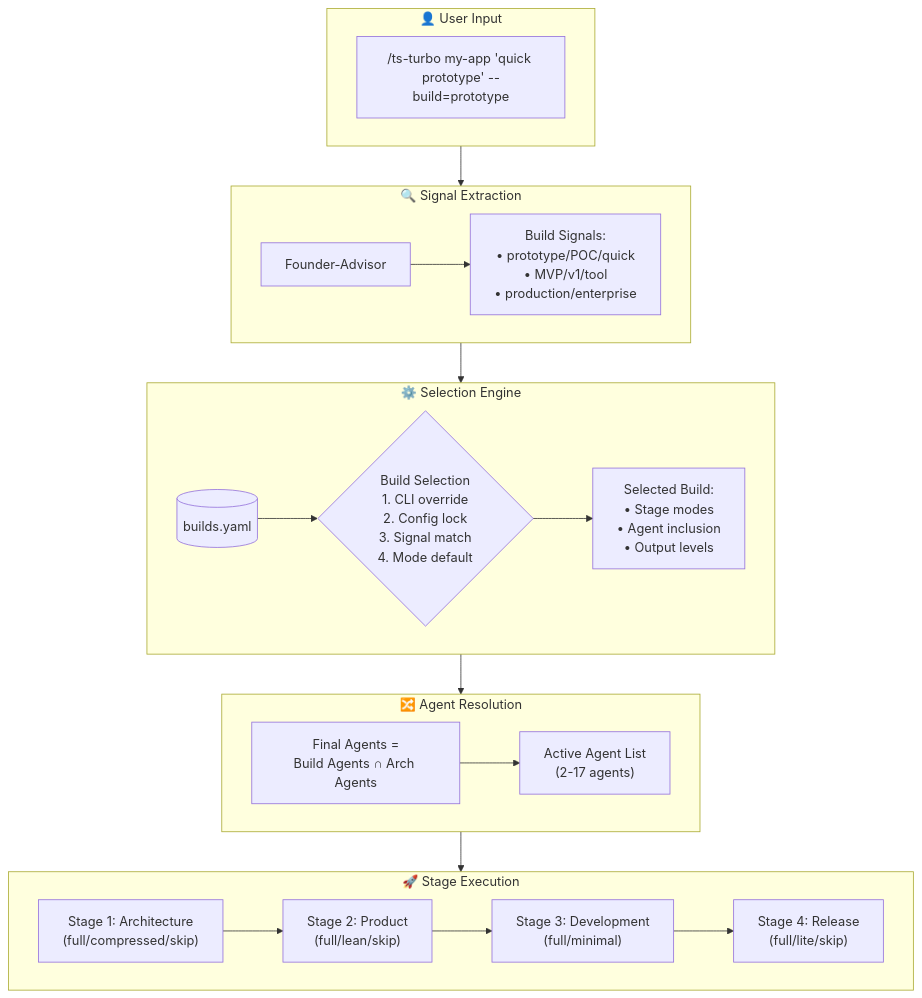
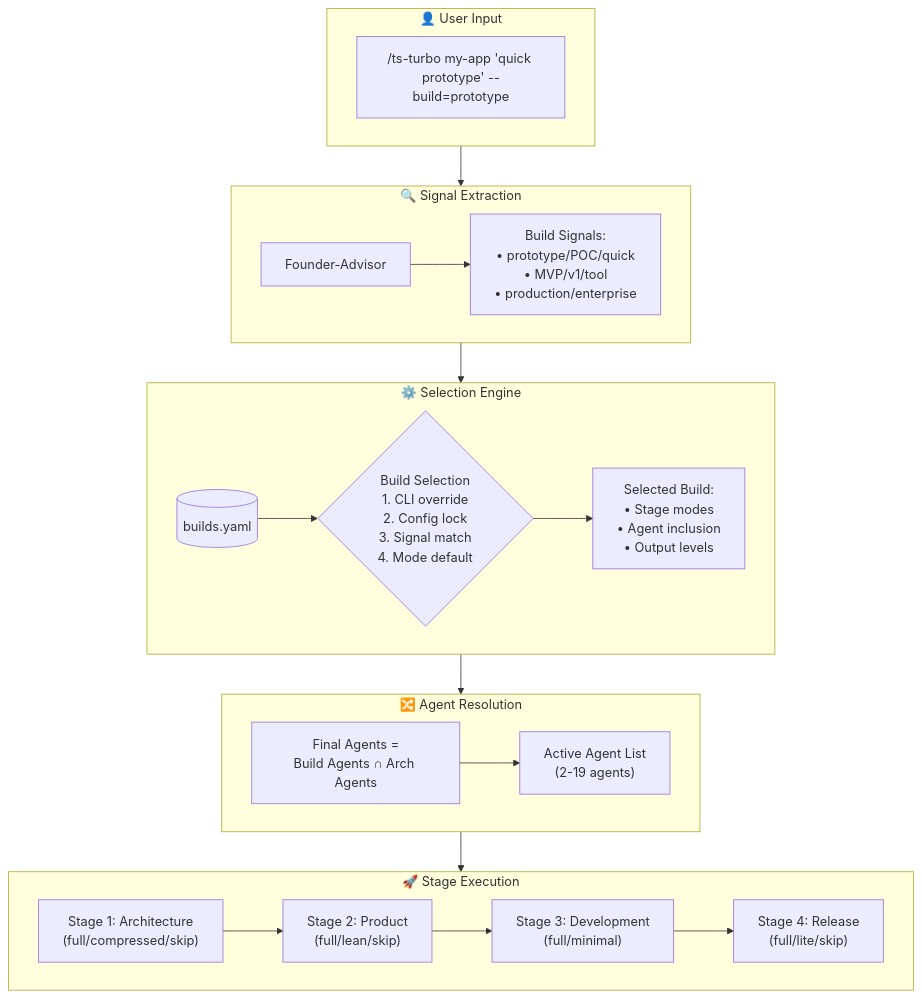
One commit to vedanta/the-system changed the diagram in docs/dev/BUILD_PRESETS_IMPLEMENTATION_PLAN.md. Above: the diagram before and after it, drawn with Mermaid. The commit also changed other lines of this file and 61 other files, not shown here.

````diff
--- a/docs/dev/BUILD_PRESETS_IMPLEMENTATION_PLAN.md
+++ b/docs/dev/BUILD_PRESETS_IMPLEMENTATION_PLAN.md
@@ -104,43 +104,43 @@
 ```mermaid
 flowchart TB
     subgraph INPUT ["👤 User Input"]
         CMD["/ts-turbo my-app 'quick prototype' --build=prototype"]
     end
 
     subgraph EXTRACTION ["🔍 Signal Extraction"]
         FA[Founder-Advisor]
         BUILD_SIGNALS["Build Signals:<br/>• prototype/POC/quick<br/>• MVP/v1/tool<br/>• production/enterprise"]
         FA --> BUILD_SIGNALS
     end
 
     subgraph SELECTION ["⚙️ Selection Engine"]
         BUILD_CFG[("builds.yaml")]
         BUILD_SELECT{"Build Selection<br/>1. CLI override<br/>2. Config lock<br/>3. Signal match<br/>4. Mode default"}
         BUILD_OUT["Selected Build:<br/>• Stage modes<br/>• Agent inclusion<br/>• Output levels"]
 
         BUILD_CFG --> BUILD_SELECT
         BUILD_SELECT --> BUILD_OUT
     end
 
     subgraph MERGE ["🔀 Agent Resolution"]
         INTERSECT["Final Agents =<br/>Build Agents ∩ Arch Agents"]
-        AGENT_LIST["Active Agent List<br/>(2-17 agents)"]
+        AGENT_LIST["Active Agent List<br/>(2-19 agents)"]
         INTERSECT --> AGENT_LIST
     end
 
     subgraph EXECUTION ["🚀 Stage Execution"]
         STAGE1["Stage 1: Architecture<br/>(full/compressed/skip)"]
         STAGE2["Stage 2: Product<br/>(full/lean/skip)"]
         STAGE3["Stage 3: Development<br/>(full/minimal)"]
         STAGE4["Stage 4: Release<br/>(full/lite/skip)"]
 
         STAGE1 --> STAGE2
         STAGE2 --> STAGE3
         STAGE3 --> STAGE4
     end
 
     INPUT --> EXTRACTION
     EXTRACTION --> SELECTION
     SELECTION --> MERGE
     MERGE --> EXECUTION
 ```
````
